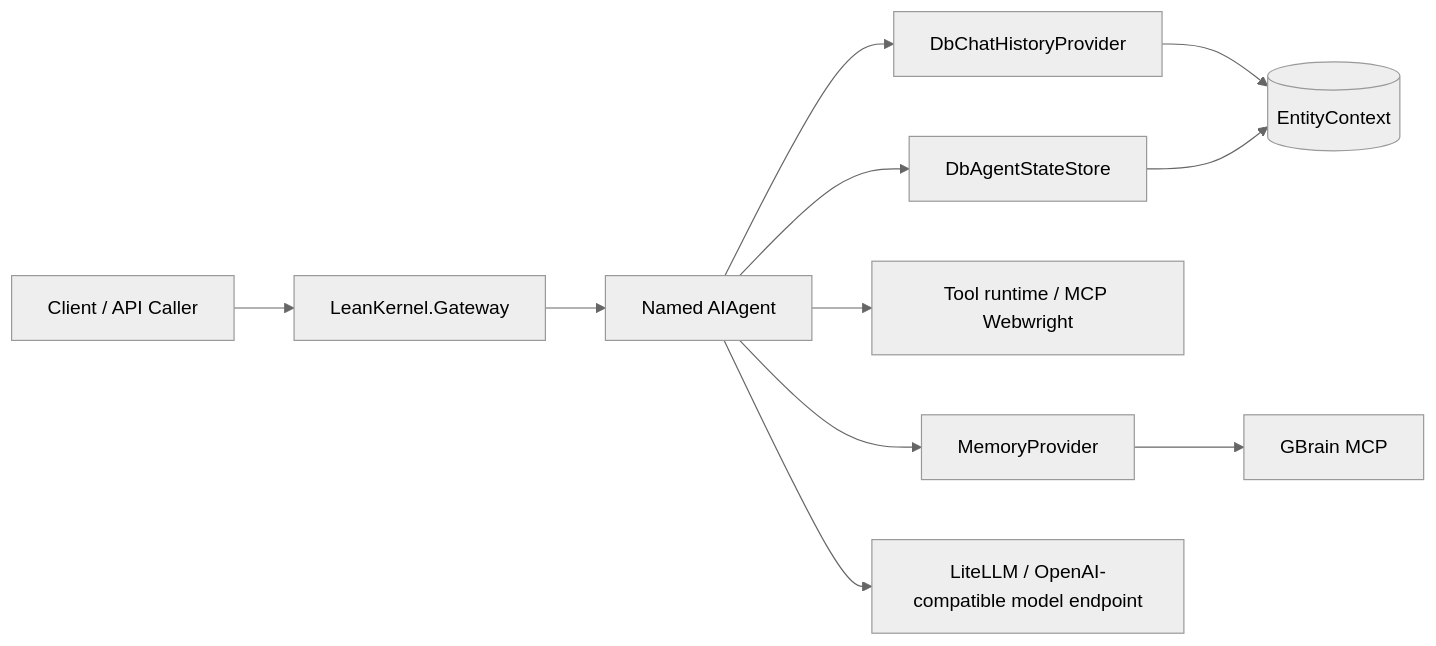
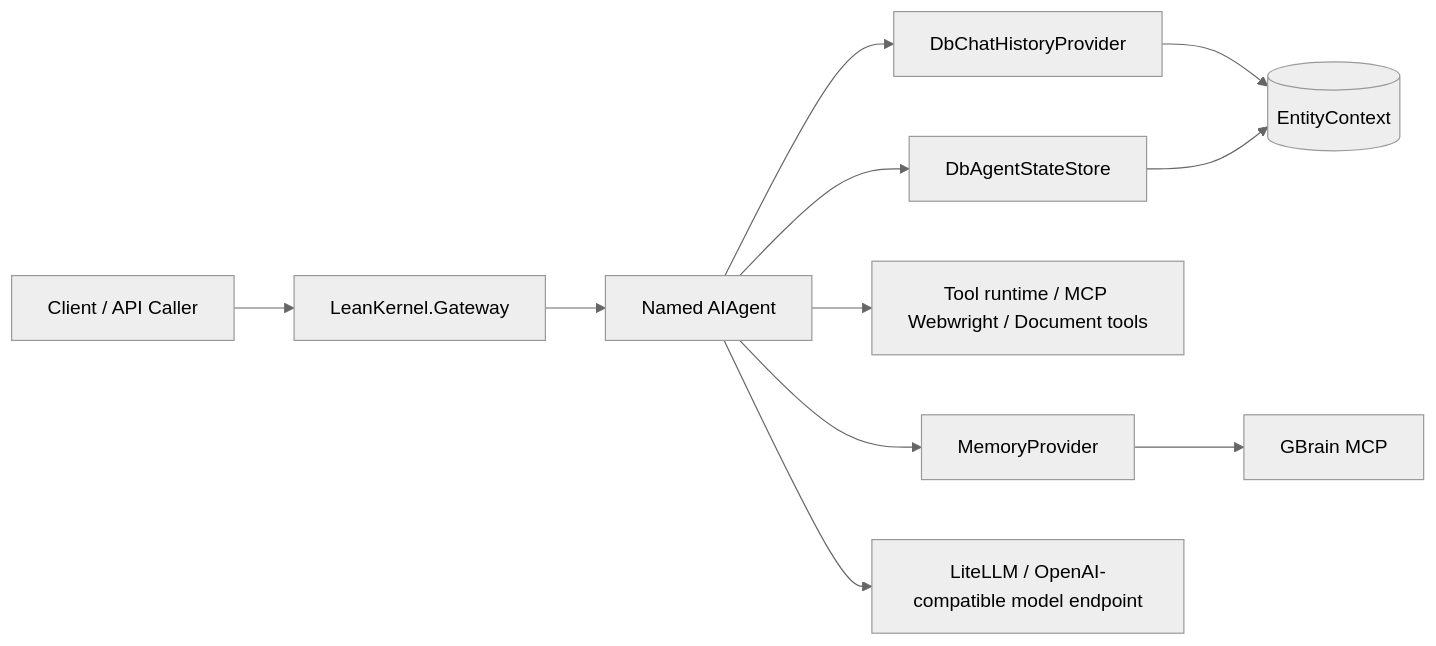
Before and after one commit to achingono/leankernel: the diagram in docs/index.md, drawn with Mermaid (neutral theme). The commit also changed other lines of this file and 98 other files, not shown here.

````diff
--- a/docs/index.md
+++ b/docs/index.md
@@ -26,13 +26,13 @@
 ```mermaid
 flowchart LR
     Client[Client / API Caller] --> Gateway[LeanKernel.Gateway]
     Gateway --> Agent[Named AIAgent]
     Agent --> History[DbChatHistoryProvider]
     Agent --> Memory[MemoryProvider]
-    Agent --> Tools[Tool runtime / MCP Webwright]
+    Agent --> Tools[Tool runtime / MCP Webwright / Document tools]
     History --> Data[(EntityContext)]
     Memory --> GBrain[GBrain MCP]
     Agent --> State[DbAgentStateStore]
     State --> Data
     Agent --> LiteLLM[LiteLLM / OpenAI-compatible model endpoint]
 ```
````
